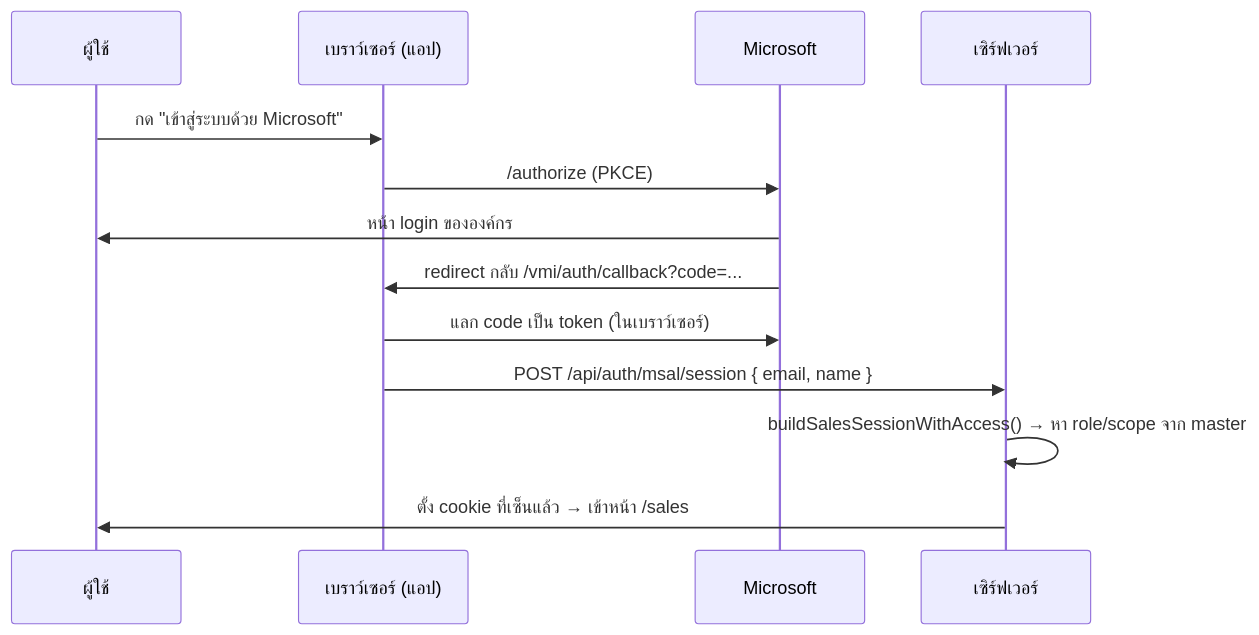
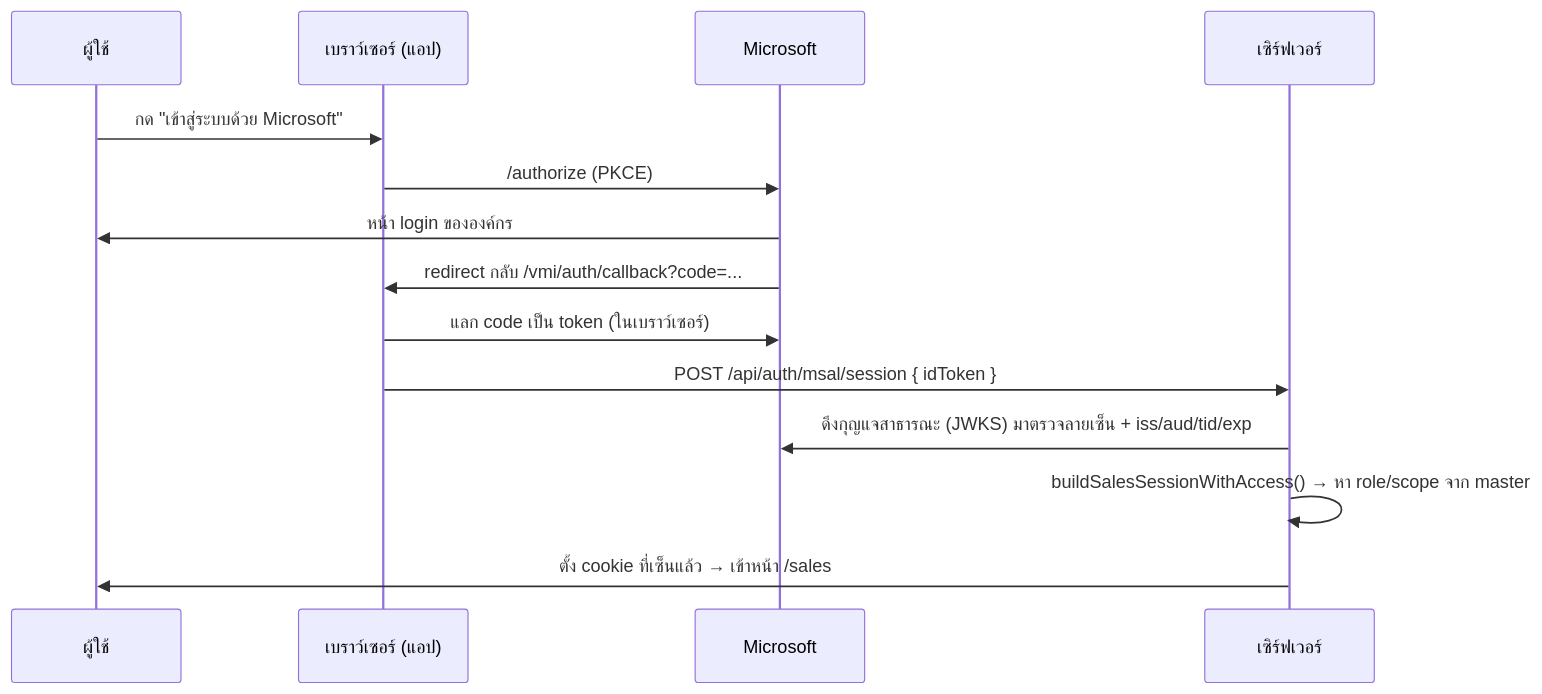
Before and after one commit to jintanabp/VMI: the diagram in docs/wiki/03-authentication.md, drawn with Mermaid. The commit also changed other lines of this file and 4 other files, not shown here.

````diff
--- a/docs/wiki/03-authentication.md
+++ b/docs/wiki/03-authentication.md
@@ -55,15 +57,16 @@
 ```mermaid
 sequenceDiagram
     participant U as ผู้ใช้
     participant B as เบราว์เซอร์ (แอป)
     participant M as Microsoft
     participant S as เซิร์ฟเวอร์
     U->>B: กด "เข้าสู่ระบบด้วย Microsoft"
     B->>M: /authorize (PKCE)
     M->>U: หน้า login ขององค์กร
     M->>B: redirect กลับ /vmi/auth/callback?code=...
     B->>M: แลก code เป็น token (ในเบราว์เซอร์)
-    B->>S: POST /api/auth/msal/session { email, name }
+    B->>S: POST /api/auth/msal/session { idToken }
+    S->>M: ดึงกุญแจสาธารณะ (JWKS) มาตรวจลายเซ็น + iss/aud/tid/exp
     S->>S: buildSalesSessionWithAccess() → หา role/scope จาก master
     S->>U: ตั้ง cookie ที่เซ็นแล้ว → เข้าหน้า /sales
 ```
````
